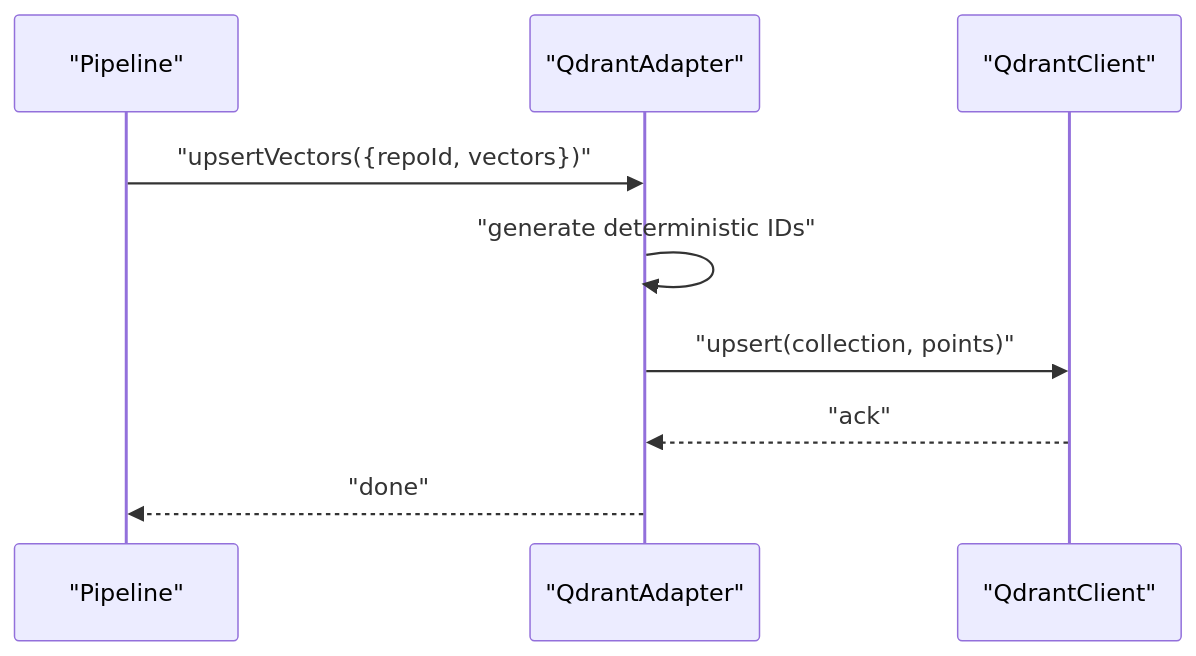
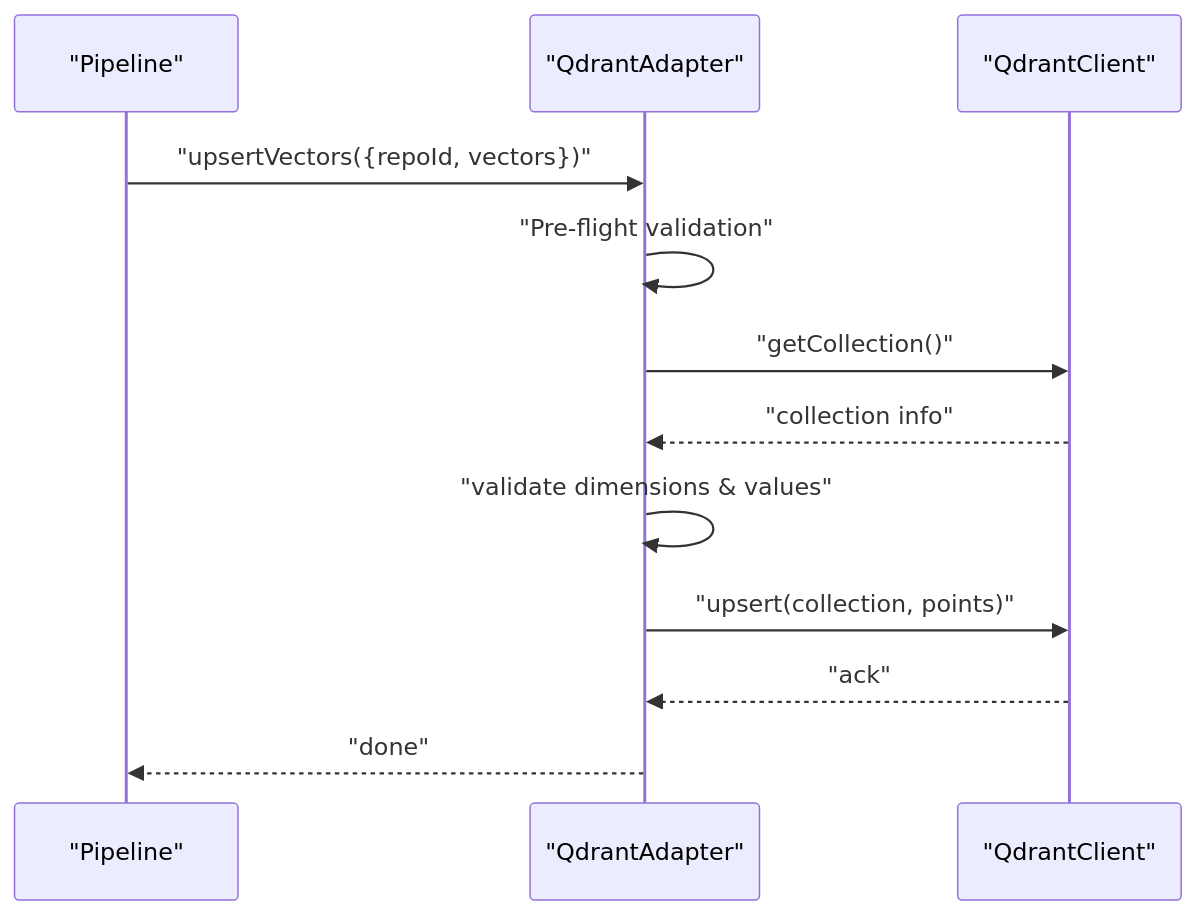
The fifth of 10 diagrams in .qoder/repowiki/en/content/Indexing and Search System/Vector Database Adapters.md (bramburn/repomix-runner), drawn with Mermaid before and after one commit. The commit also changed other lines of this file and 14 other files, not shown here.

````diff
--- a/.qoder/repowiki/en/content/Indexing and Search System/Vector Database Adapters.md
+++ b/.qoder/repowiki/en/content/Indexing and Search System/Vector Database Adapters.md
@@ -234,11 +247,14 @@
 ```mermaid
 sequenceDiagram
 participant P as "Pipeline"
 participant A as "QdrantAdapter"
 participant Q as "QdrantClient"
 P->>A : "upsertVectors({repoId, vectors})"
-A->>A : "generate deterministic IDs"
+A->>A : "Pre-flight validation"
+A->>Q : "getCollection()"
+Q-->>A : "collection info"
+A->>A : "validate dimensions & values"
 A->>Q : "upsert(collection, points)"
 Q-->>A : "ack"
 A-->>P : "done"
 ```
````
